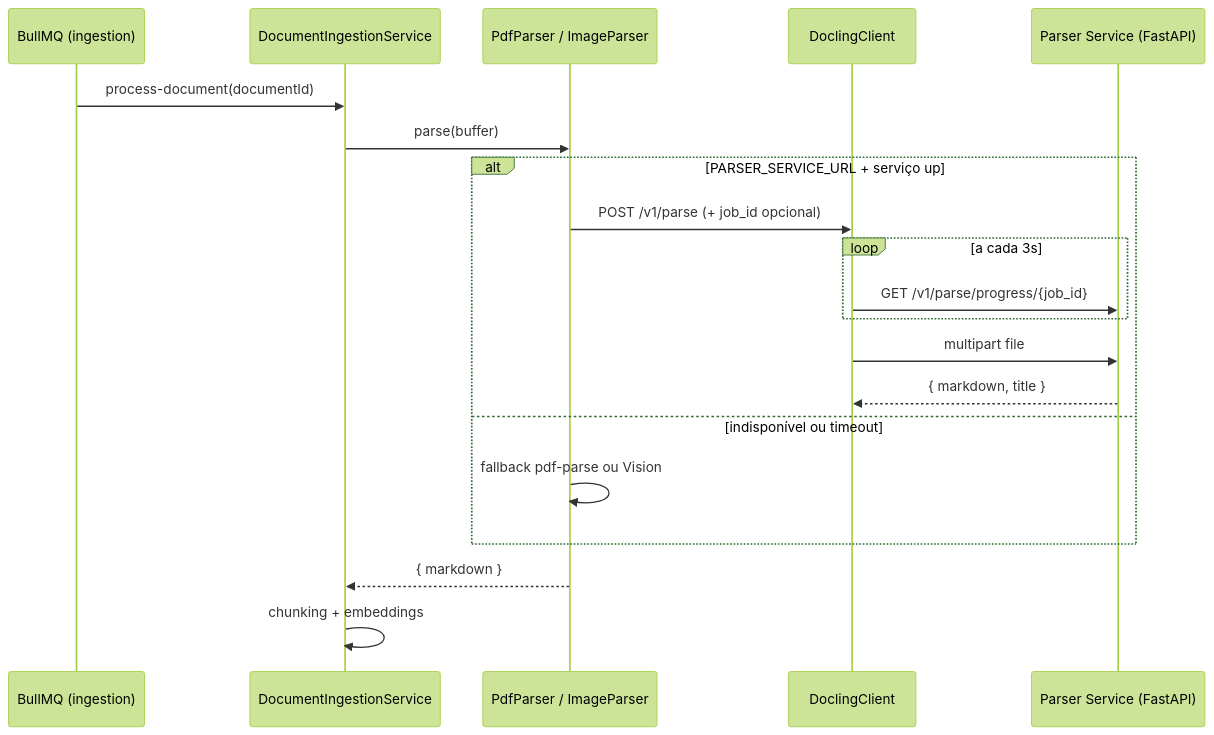
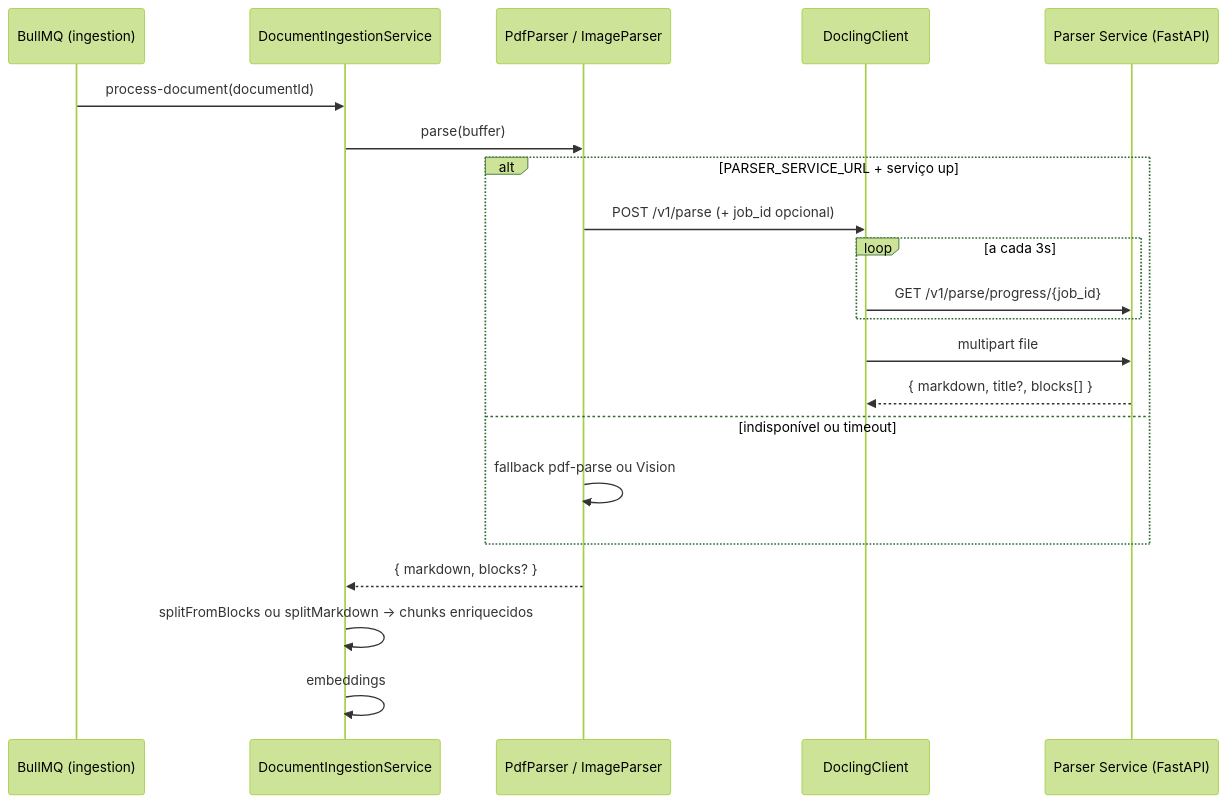
One commit to rflsc/qi-conhecimento changed the diagram in docs/architecture/parser-service.md. Above: the diagram before and after it, drawn with Mermaid (forest theme). The commit also changed other lines of this file and 15 other files, not shown here.

````diff
--- a/docs/architecture/parser-service.md
+++ b/docs/architecture/parser-service.md
@@ -17,23 +17,24 @@
 ```mermaid
 sequenceDiagram
     participant Q as BullMQ (ingestion)
     participant D as DocumentIngestionService
     participant P as PdfParser / ImageParser
     participant DC as DoclingClient
     participant FS as Parser Service (FastAPI)
 
     Q->>D: process-document(documentId)
     D->>P: parse(buffer)
     alt PARSER_SERVICE_URL + serviço up
         P->>DC: POST /v1/parse (+ job_id opcional)
         loop a cada 3s
             DC->>FS: GET /v1/parse/progress/{job_id}
         end
         DC->>FS: multipart file
-        FS-->>DC: { markdown, title }
+        FS-->>DC: { markdown, title?, blocks[] }
     else indisponível ou timeout
         P->>P: fallback pdf-parse ou Vision
     end
-    P-->>D: { markdown }
-    D->>D: chunking + embeddings
+    P-->>D: { markdown, blocks? }
+    D->>D: splitFromBlocks ou splitMarkdown → chunks enriquecidos
+    D->>D: embeddings
 ```
````
